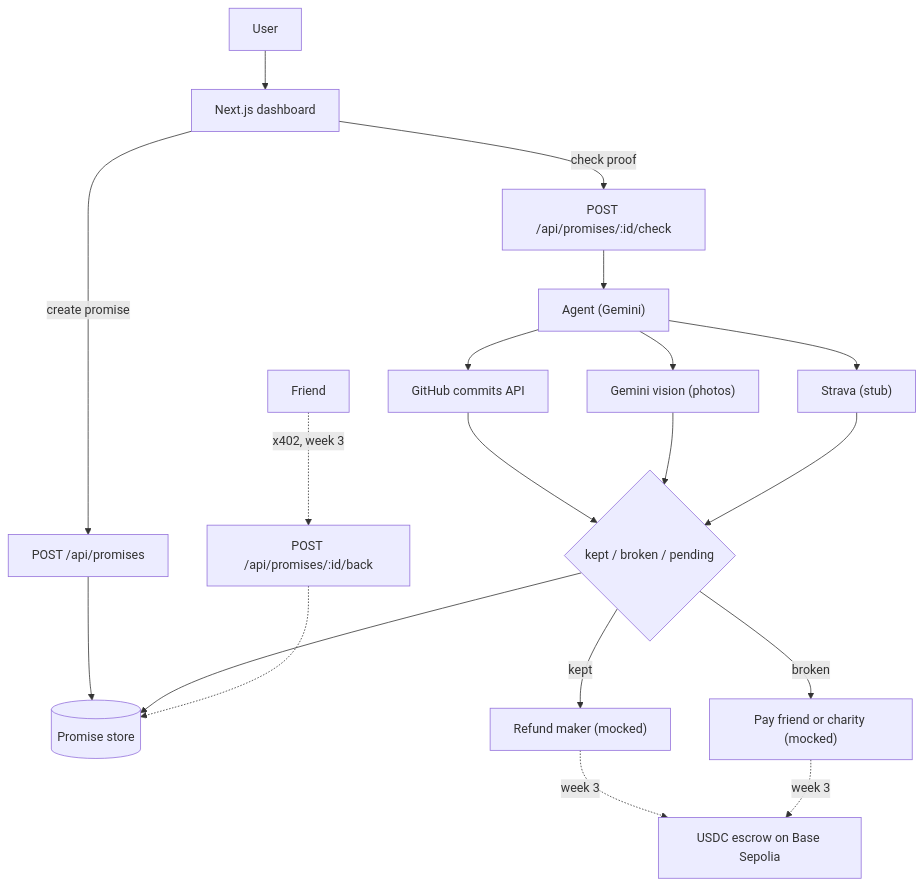
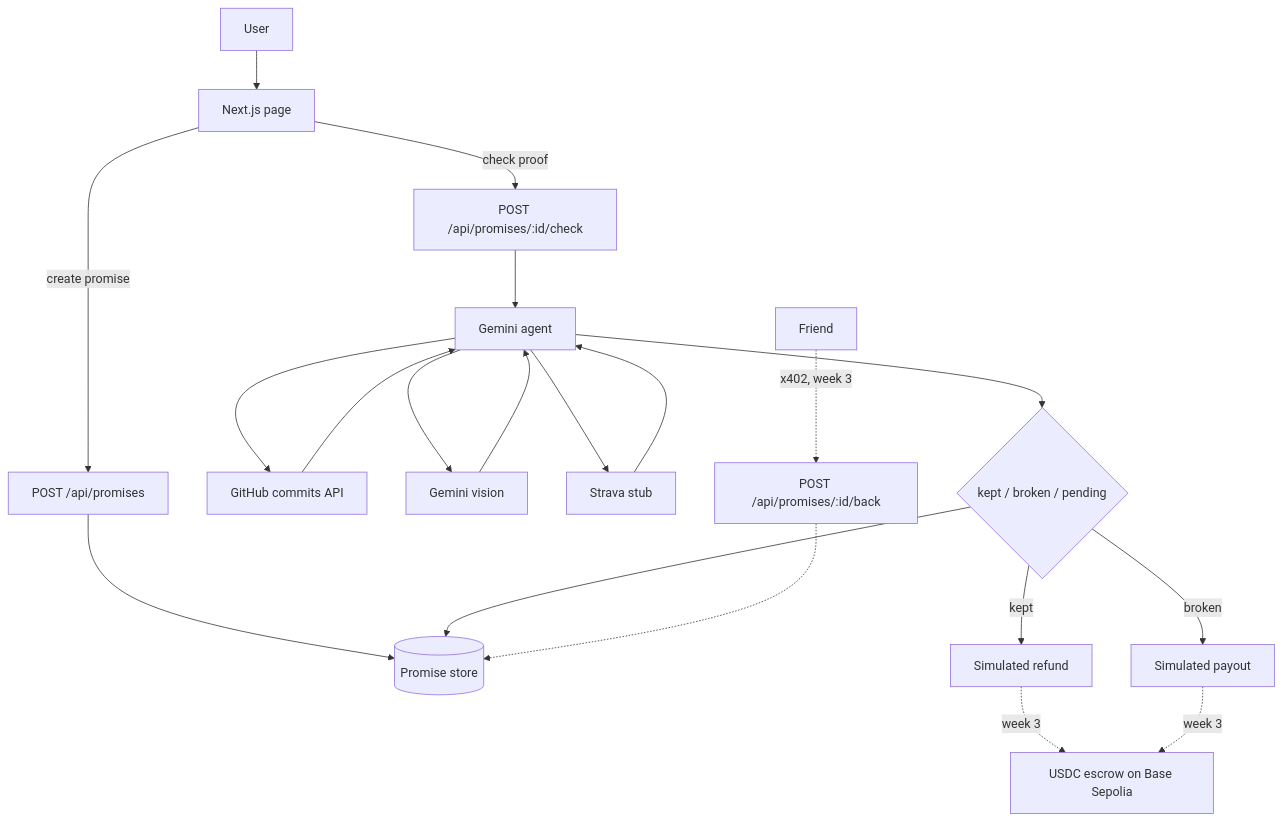
The diagram in README.md (NotAditya01/agentswappy), drawn with Mermaid before and after one commit. The commit also changed other lines of this file and 24 other files, not shown here.

First line of the commit message:
Run proof checks through Gemini and simplify the page

````diff
--- a/README.md
+++ b/README.md
@@ -11,21 +9,22 @@
 ```mermaid
 flowchart TD
-  User["User"] --> UI["Next.js dashboard"]
+  User["User"] --> UI["Next.js page"]
   UI -->|create promise| API["POST /api/promises"]
   API --> Store[("Promise store")]
   UI -->|check proof| Check["POST /api/promises/:id/check"]
-  Check --> Agent["Agent (Gemini)"]
+  Check --> Agent["Gemini agent"]
   Agent --> GH["GitHub commits API"]
-  Agent --> Vision["Gemini vision (photos)"]
-  Agent --> Strava["Strava (stub)"]
-  GH --> Verdict{"kept / broken / pending"}
-  Vision --> Verdict
-  Strava --> Verdict
-  Verdict -->|kept| Refund["Refund maker (mocked)"]
-  Verdict -->|broken| Payout["Pay friend or charity (mocked)"]
+  Agent --> Vision["Gemini vision"]
+  Agent --> Strava["Strava stub"]
+  GH --> Agent
+  Vision --> Agent
+  Strava --> Agent
+  Agent --> Verdict{"kept / broken / pending"}
+  Verdict -->|kept| Refund["Simulated refund"]
+  Verdict -->|broken| Payout["Simulated payout"]
   Verdict --> Store
   Refund -.->|week 3| Chain["USDC escrow on Base Sepolia"]
   Payout -.->|week 3| Chain
   Friend["Friend"] -.->|x402, week 3| Back["POST /api/promises/:id/back"]
   Back -.-> Store
 ```
````
